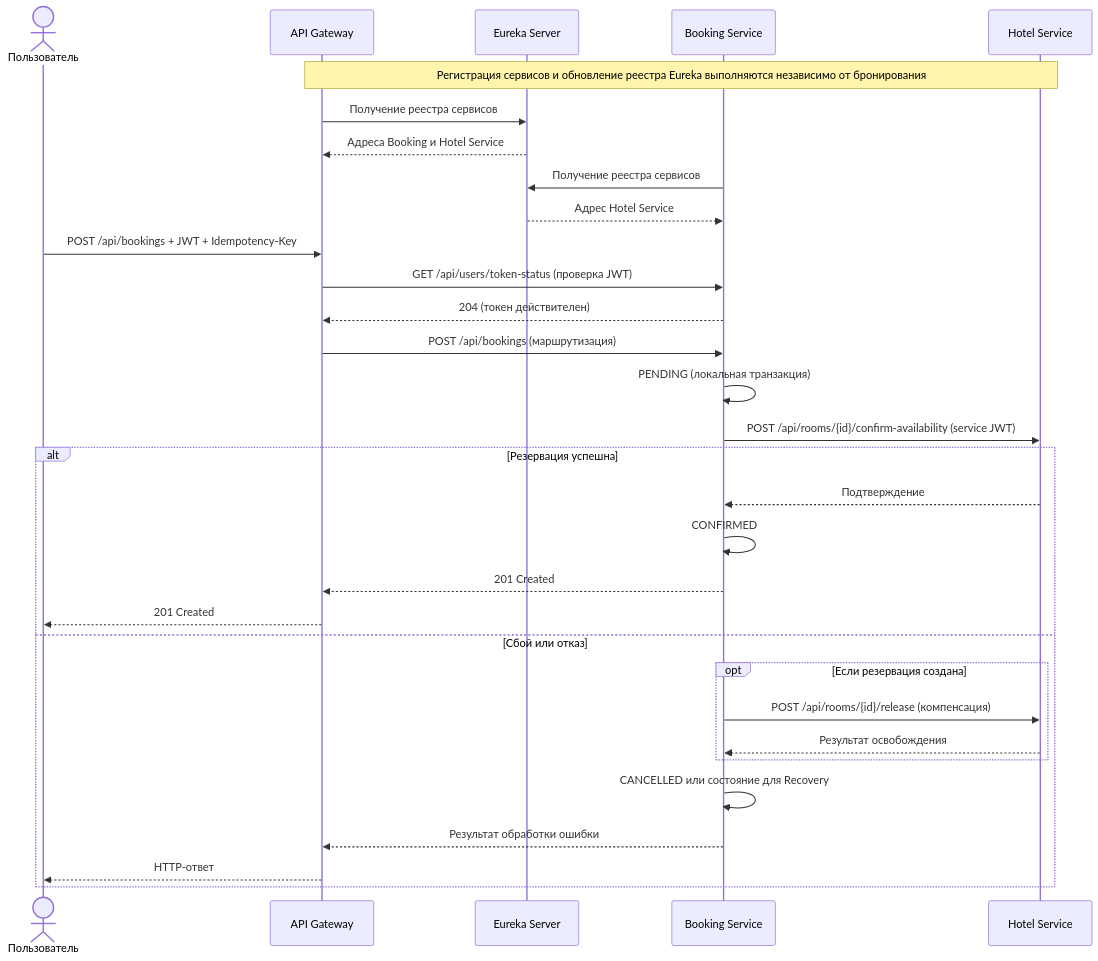
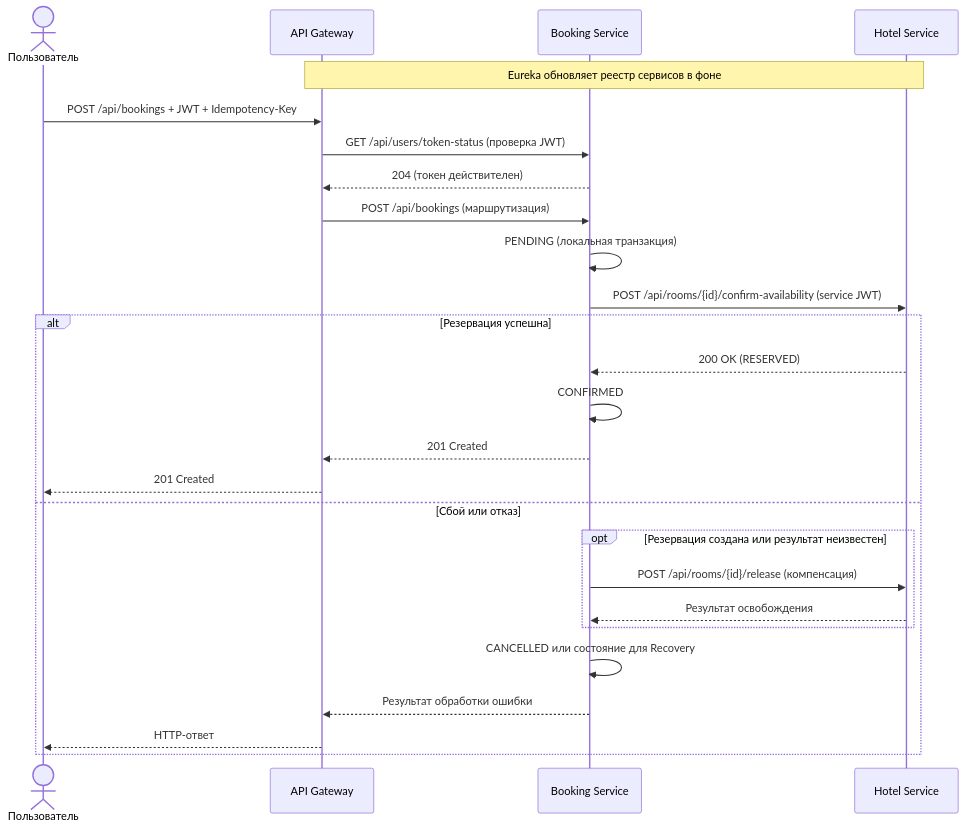
One commit to vkuryndin/hotel-booking-system changed the second of 2 diagrams in README.md. Above: the diagram before and after it, drawn with Mermaid. The commit also changed other lines of this file and 11 other files, not shown here.

````diff
--- a/README.md
+++ b/README.md
@@ -211,36 +214,31 @@
 ```mermaid
 sequenceDiagram
     actor U as Пользователь
     participant G as API Gateway
-    participant E as Eureka Server
     participant B as Booking Service
     participant H as Hotel Service
 
-    Note over G,H: Регистрация сервисов и обновление реестра Eureka выполняются независимо от бронирования
-    G->>E: Получение реестра сервисов
-    E-->>G: Адреса Booking и Hotel Service
-    B->>E: Получение реестра сервисов
-    E-->>B: Адрес Hotel Service
+    Note over G,H: Eureka обновляет реестр сервисов в фоне
 
     U->>G: POST /api/bookings + JWT + Idempotency-Key
     G->>B: GET /api/users/token-status (проверка JWT)
     B-->>G: 204 (токен действителен)
     G->>B: POST /api/bookings (маршрутизация)
     B->>B: PENDING (локальная транзакция)
     B->>H: POST /api/rooms/{id}/confirm-availability (service JWT)
 
     alt Резервация успешна
-        H-->>B: Подтверждение
+        H-->>B: 200 OK (RESERVED)
         B->>B: CONFIRMED
         B-->>G: 201 Created
         G-->>U: 201 Created
     else Сбой или отказ
-        opt Если резервация создана
+        opt Резервация создана или результат неизвестен
             B->>H: POST /api/rooms/{id}/release (компенсация)
             H-->>B: Результат освобождения
         end
         B->>B: CANCELLED или состояние для Recovery
         B-->>G: Результат обработки ошибки
         G-->>U: HTTP-ответ
     end
 ```
````
